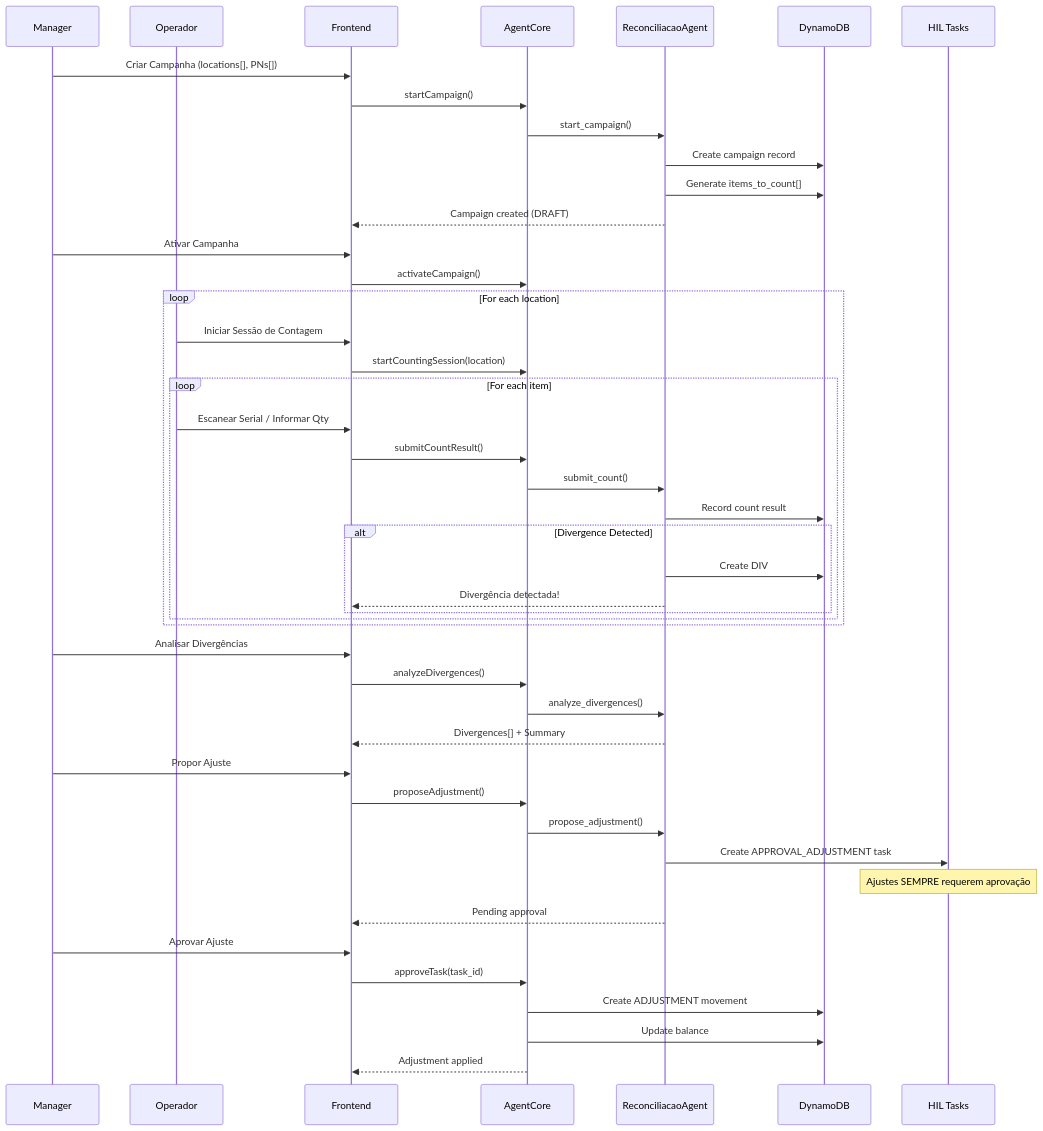
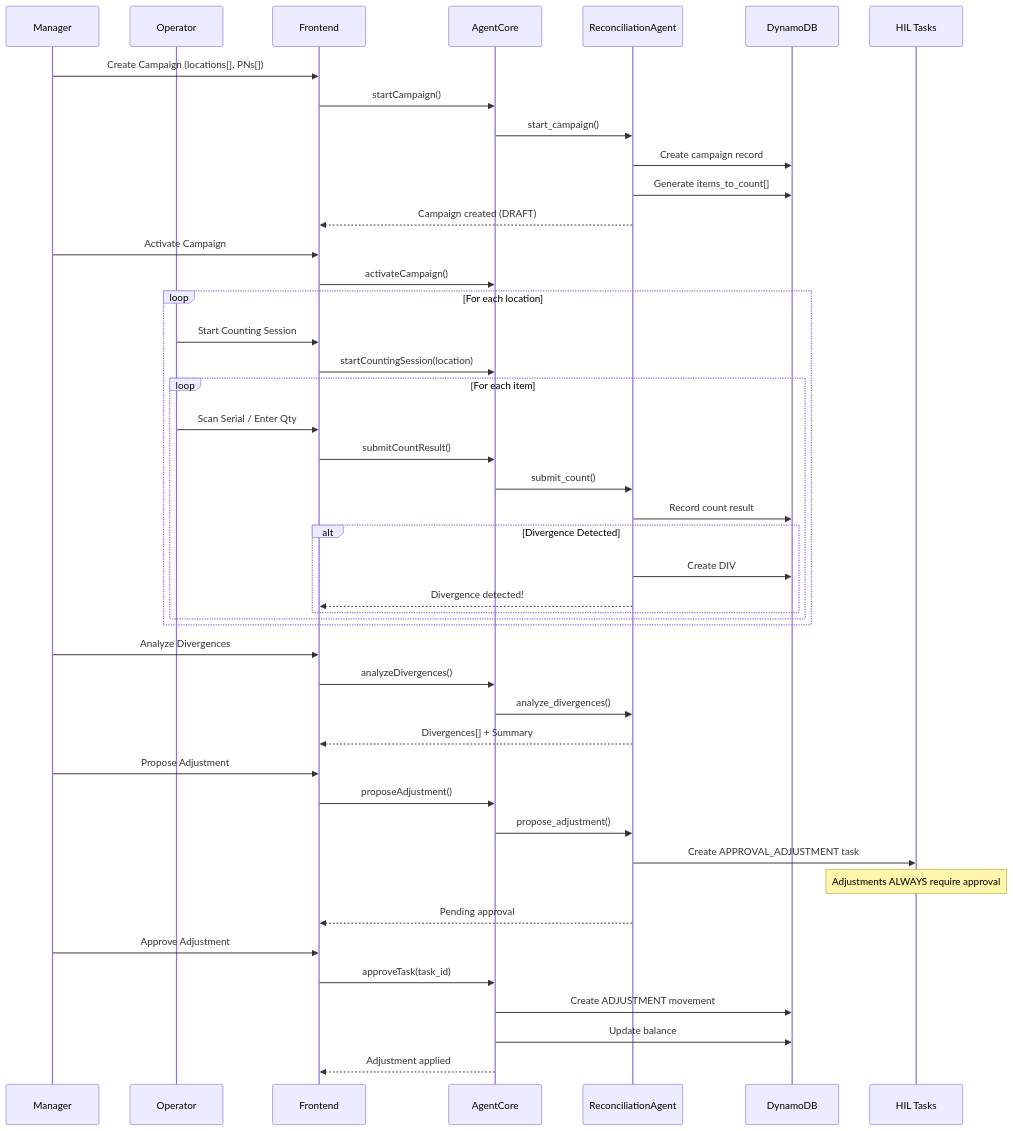
Before and after one commit to LPDigital-Agent/lpd-faiston-allinone: diagram 15 of 19 in docs/architecture/SGA_ESTOQUE_ARCHITECTURE.md, drawn with Mermaid. The commit also changed other lines of this file and 14 other files, not shown here.

First line of the commit message:
🐛 fix(nexo-import): fix priority inversion bug in column creation flow

````diff
--- a/docs/architecture/SGA_ESTOQUE_ARCHITECTURE.md
+++ b/docs/architecture/SGA_ESTOQUE_ARCHITECTURE.md
@@ -567,60 +728,60 @@
 ```mermaid
 sequenceDiagram
     participant M as Manager
-    participant O as Operador
+    participant O as Operator
     participant FE as Frontend
     participant AC as AgentCore
-    participant RA as ReconciliacaoAgent
+    participant RA as ReconciliationAgent
     participant DDB as DynamoDB
     participant HIL as HIL Tasks
 
-    %% Criar Campanha
-    M->>FE: Criar Campanha (locations[], PNs[])
+    %% Create Campaign
+    M->>FE: Create Campaign (locations[], PNs[])
     FE->>AC: startCampaign()
     AC->>RA: start_campaign()
     RA->>DDB: Create campaign record
     RA->>DDB: Generate items_to_count[]
     RA-->>FE: Campaign created (DRAFT)
 
-    %% Contagem
-    M->>FE: Ativar Campanha
+    %% Counting
+    M->>FE: Activate Campaign
     FE->>AC: activateCampaign()
 
     loop For each location
-        O->>FE: Iniciar Sessão de Contagem
+        O->>FE: Start Counting Session
         FE->>AC: startCountingSession(location)
 
         loop For each item
-            O->>FE: Escanear Serial / Informar Qty
+            O->>FE: Scan Serial / Enter Qty
             FE->>AC: submitCountResult()
             AC->>RA: submit_count()
             RA->>DDB: Record count result
 
             alt Divergence Detected
                 RA->>DDB: Create DIV# record
-                RA-->>FE: Divergência detectada!
+                RA-->>FE: Divergence detected!
             end
         end
     end
 
-    %% Análise
-    M->>FE: Analisar Divergências
+    %% Analysis
+    M->>FE: Analyze Divergences
     FE->>AC: analyzeDivergences()
     AC->>RA: analyze_divergences()
     RA-->>FE: Divergences[] + Summary
 
-    %% Ajuste (SEMPRE HIL)
-    M->>FE: Propor Ajuste
+    %% Adjustment (ALWAYS HIL)
+    M->>FE: Propose Adjustment
     FE->>AC: proposeAdjustment()
     AC->>RA: propose_adjustment()
     RA->>HIL: Create APPROVAL_ADJUSTMENT task
-    Note over HIL: Ajustes SEMPRE requerem aprovação
+    Note over HIL: Adjustments ALWAYS require approval
     RA-->>FE: Pending approval
 
-    %% Aprovação
-    M->>FE: Aprovar Ajuste
+    %% Approval
+    M->>FE: Approve Adjustment
     FE->>AC: approveTask(task_id)
     AC->>DDB: Create ADJUSTMENT movement
     AC->>DDB: Update balance
     AC-->>FE: Adjustment applied
 ```
````
